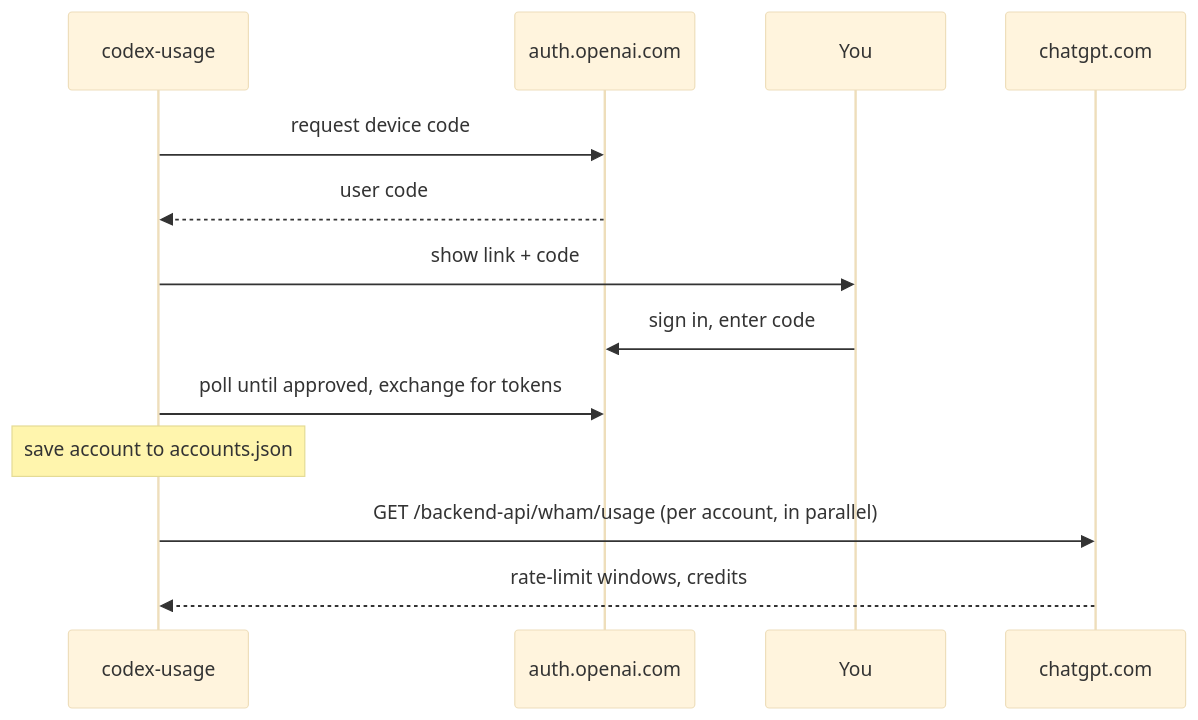
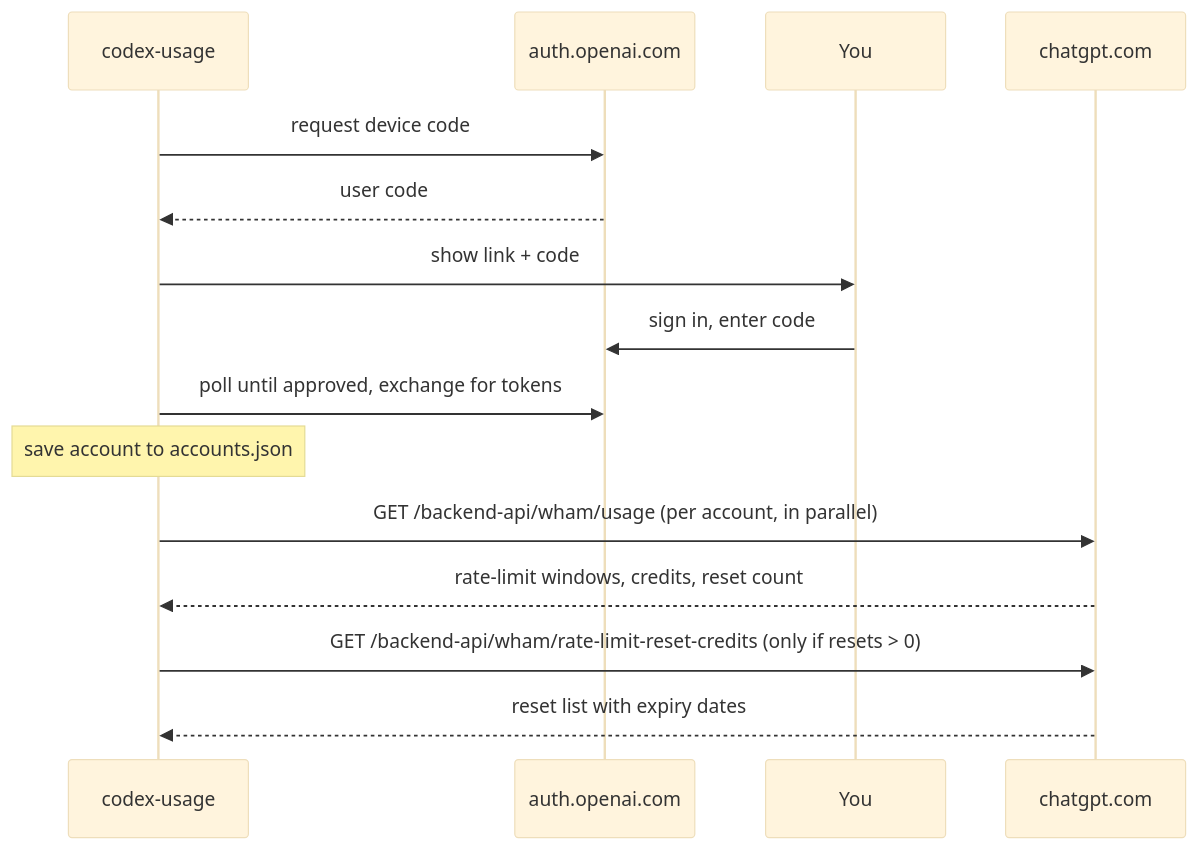
Before and after one commit to AnandChowdhary/codex-usage: the diagram in README.md, drawn with Mermaid (base theme). The commit also changed other lines of this file and 8 other files, not shown here.

First line of the commit message:
feat(usage): show available usage limit resets

````diff
--- a/README.md
+++ b/README.md
@@ -156,15 +172,17 @@
 ```mermaid
 sequenceDiagram
     participant CLI as codex-usage
     participant Auth as auth.openai.com
     participant You
     participant API as chatgpt.com
     CLI->>Auth: request device code
     Auth-->>CLI: user code
     CLI->>You: show link + code
     You->>Auth: sign in, enter code
     CLI->>Auth: poll until approved, exchange for tokens
     Note over CLI: save account to accounts.json
     CLI->>API: GET /backend-api/wham/usage (per account, in parallel)
-    API-->>CLI: rate-limit windows, credits
+    API-->>CLI: rate-limit windows, credits, reset count
+    CLI->>API: GET /backend-api/wham/rate-limit-reset-credits (only if resets > 0)
+    API-->>CLI: reset list with expiry dates
 ```
````
